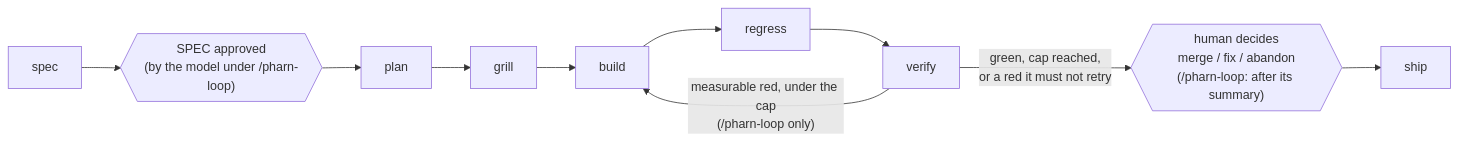
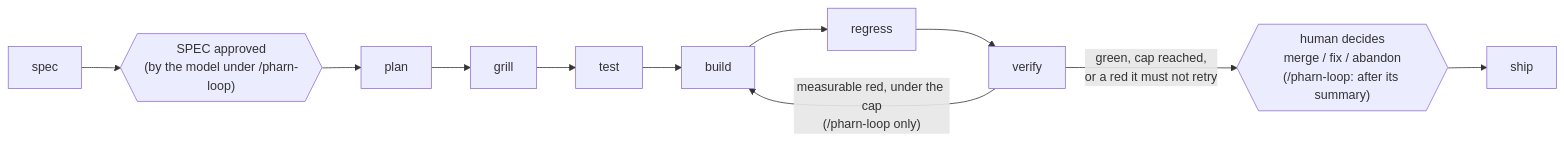
The second of 2 diagrams in README.md (pharn-dev/pharn-oss), drawn with Mermaid before and after one commit. The commit also changed other lines of this file and 32 other files, not shown here.

First line of the commit message:
feat(product): wire /pharn-test between grill and build, enforced by check-test-stage (6.19.0)

````diff
--- a/README.md
+++ b/README.md
@@ -387,8 +393,8 @@
 ```mermaid
 flowchart LR
     S["spec"] --> G1{{"SPEC approved<br/>(by the model under /pharn-loop)"}}
-    G1 --> P["plan"] --> GR["grill"] --> B["build"] --> R["regress"] --> V["verify"]
+    G1 --> P["plan"] --> GR["grill"] --> T["test"] --> B["build"] --> R["regress"] --> V["verify"]
     V -- "measurable red, under the cap<br/>(/pharn-loop only)" --> B
     V -- "green, cap reached,<br/>or a red it must not retry" --> G2{{"human decides<br/>merge / fix / abandon<br/>(/pharn-loop: after its summary)"}}
     G2 --> SH["ship"]
 ```
````
